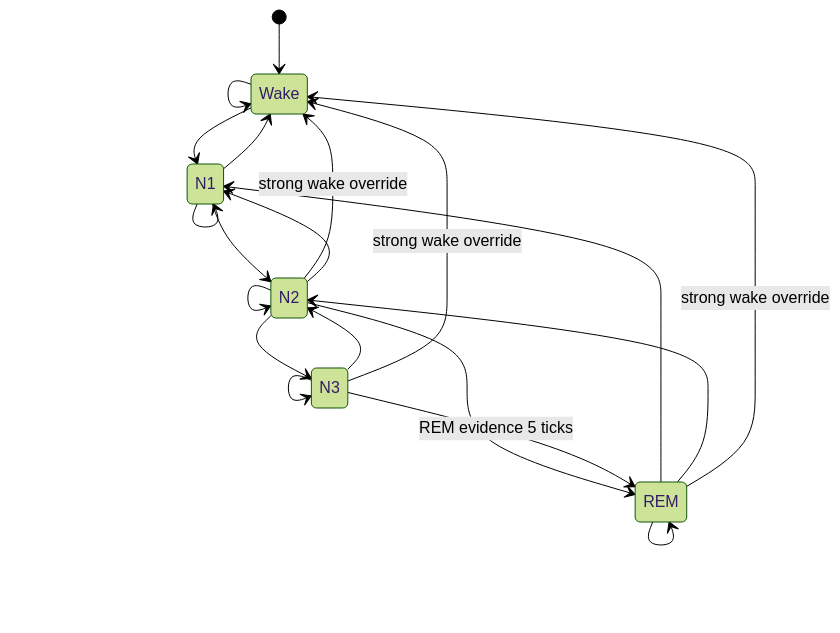
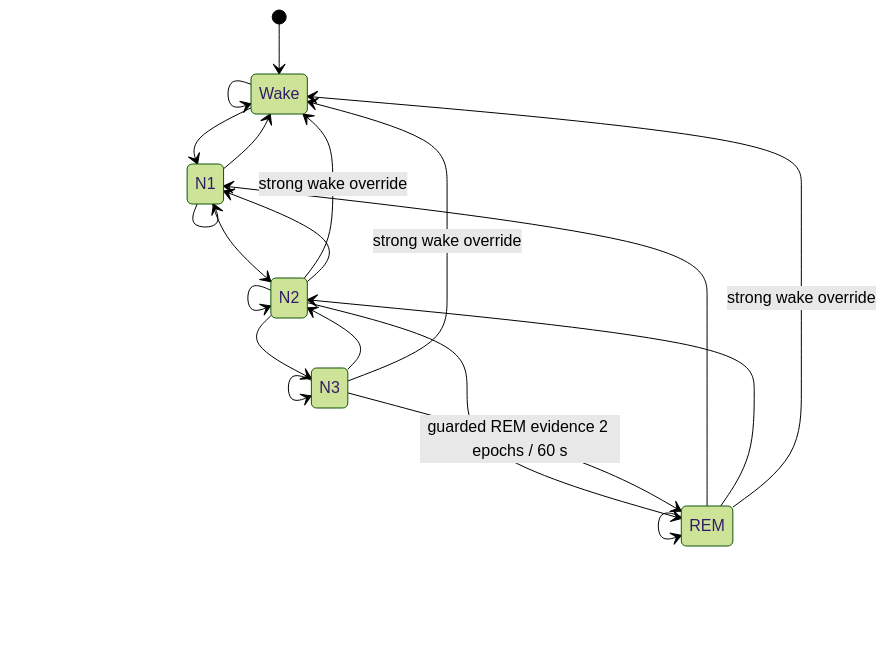
The diagram in docs/zeep-sleep-state-baseline-v1.0.md (pillarsnova/zeep-pi-pod), drawn with Mermaid (forest theme) before and after one commit. The commit also changed other lines of this file and 25 other files, not shown here.

````diff
--- a/docs/zeep-sleep-state-baseline-v1.0.md
+++ b/docs/zeep-sleep-state-baseline-v1.0.md
@@ -49,22 +52,22 @@
 ```mermaid
 stateDiagram-v2
     [*] --> Wake
     Wake --> Wake
     Wake --> N1
     N1 --> Wake
     N1 --> N1
     N1 --> N2
     N2 --> Wake: strong wake override
     N2 --> N1
     N2 --> N2
     N2 --> N3
     N2 --> REM
     N3 --> N2
     N3 --> N3
-    N3 --> REM: REM evidence 5 ticks
+    N3 --> REM: guarded REM evidence 2 epochs / 60 s
     REM --> N1
     REM --> N2
     REM --> REM
     N3 --> Wake: strong wake override
     REM --> Wake: strong wake override
 ```
````
